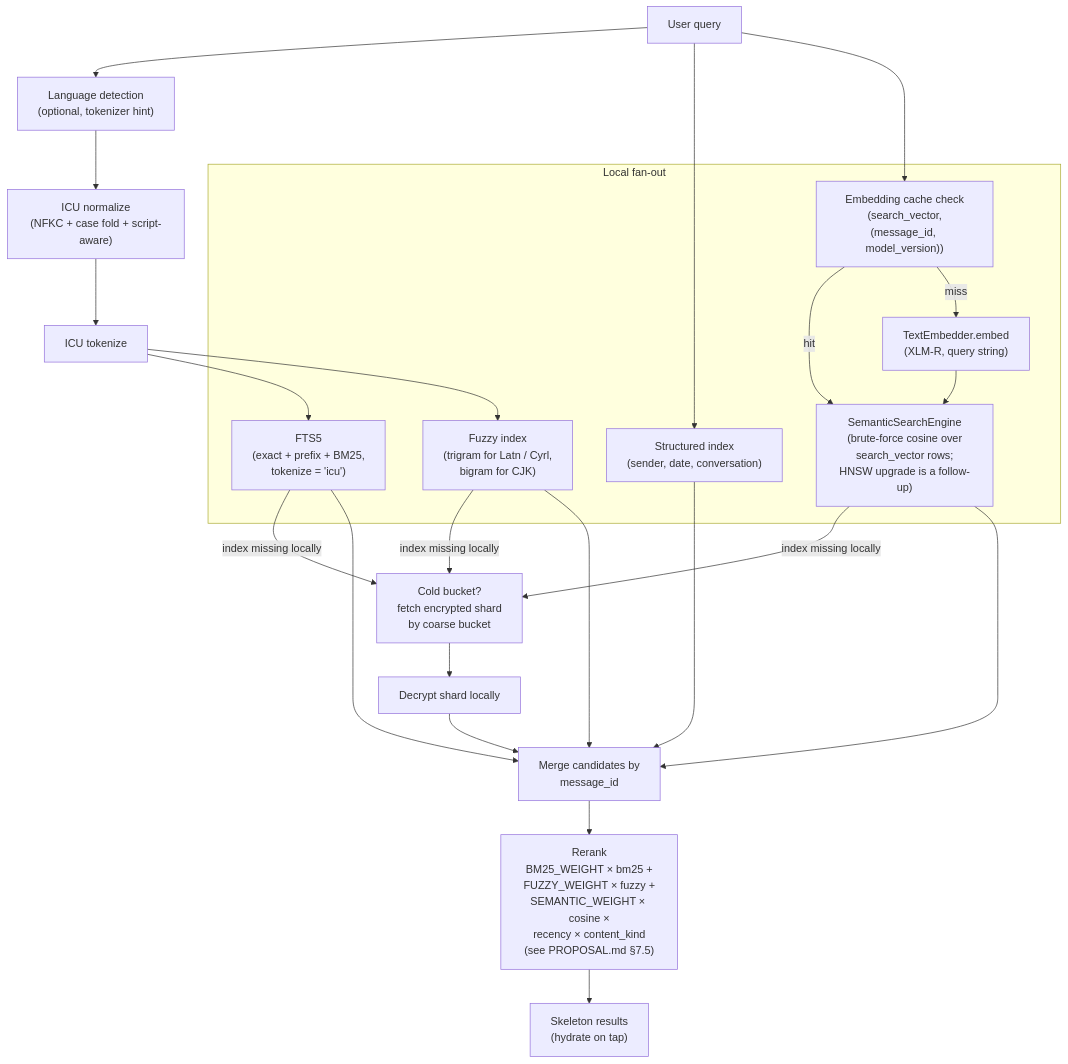
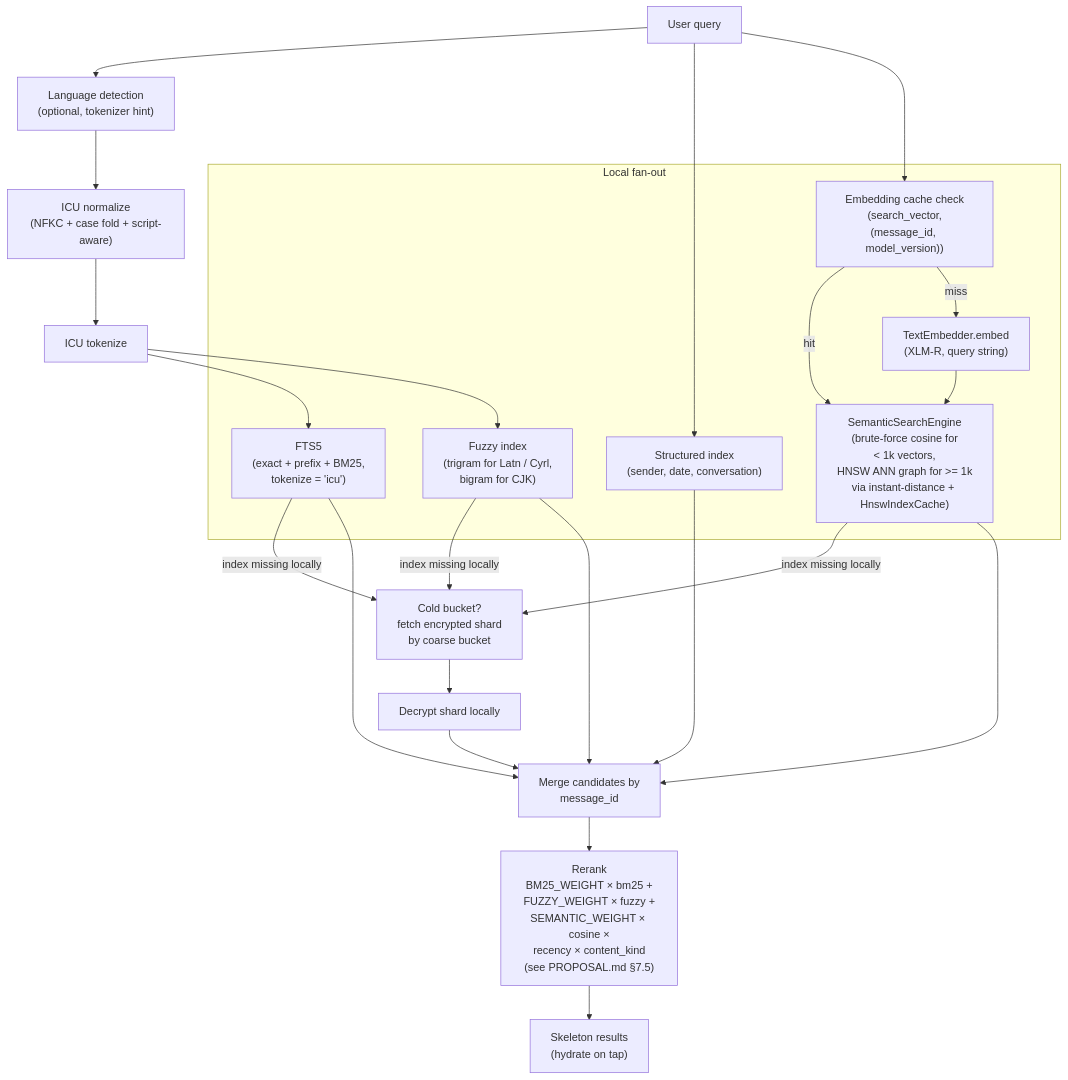
One commit to kennguy3n/chat-storage-search changed diagram 11 of 34 in docs/ARCHITECTURE.md. Above: the diagram before and after it, drawn with Mermaid. The commit also changed other lines of this file and 32 other files, not shown here.

Commit message:
Phase 3/6/7/8 batch 5: archive segment builder coverage, desktop scaffold, media migration, sink stress test, dedup analytics, EP tuning, HNSW, large-scale tests, multi-scope search, in-process scheduler

````diff
--- a/docs/ARCHITECTURE.md
+++ b/docs/ARCHITECTURE.md
@@ -920,41 +920,41 @@
 ```mermaid
 flowchart TD
     Q["User query"]
     LD["Language detection<br/>(optional, tokenizer hint)"]
     NORM["ICU normalize<br/>(NFKC + case fold + script-aware)"]
     TOK["ICU tokenize"]
 
     subgraph Local["Local fan-out"]
         FTS["FTS5<br/>(exact + prefix + BM25,<br/>tokenize = 'icu')"]
         FZ["Fuzzy index<br/>(trigram for Latn / Cyrl,<br/>bigram for CJK)"]
         STRUCT["Structured index<br/>(sender, date, conversation)"]
         ECACHE["Embedding cache check<br/>(search_vector,<br/>(message_id, model_version))"]
         EMB["TextEmbedder.embed<br/>(XLM-R, query string)"]
-        SEM["SemanticSearchEngine<br/>(brute-force cosine over<br/>search_vector rows;<br/>HNSW upgrade is a follow-up)"]
+        SEM["SemanticSearchEngine<br/>(brute-force cosine for<br/>&lt; 1k vectors,<br/>HNSW ANN graph for &gt;= 1k<br/>via instant-distance + HnswIndexCache)"]
     end
 
     Cold["Cold bucket?<br/>fetch encrypted shard<br/>by coarse bucket"]
     Decrypt["Decrypt shard locally"]
     Merge["Merge candidates by<br/>message_id"]
     Rerank["Rerank<br/>BM25_WEIGHT × bm25 +<br/>FUZZY_WEIGHT × fuzzy +<br/>SEMANTIC_WEIGHT × cosine ×<br/>recency × content_kind<br/>(see PROPOSAL.md §7.5)"]
     Out["Skeleton results<br/>(hydrate on tap)"]
 
     Q --> LD --> NORM --> TOK
     TOK --> FTS
     TOK --> FZ
     Q --> STRUCT
     Q --> ECACHE
     ECACHE -->|"hit"| SEM
     ECACHE -->|"miss"| EMB
     EMB --> SEM
     FTS -->|"index missing locally"| Cold
     FZ -->|"index missing locally"| Cold
     SEM -->|"index missing locally"| Cold
     Cold --> Decrypt
     Decrypt --> Merge
     FTS --> Merge
     FZ --> Merge
     STRUCT --> Merge
     SEM --> Merge
     Merge --> Rerank --> Out
 ```
````
